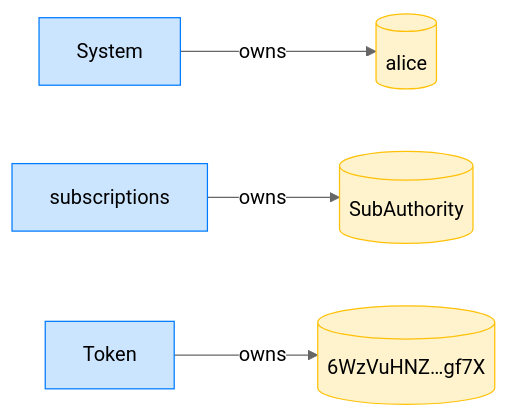
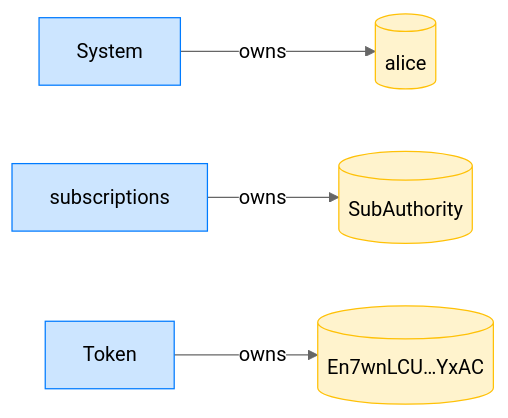
The fourth of 8 diagrams in dsl_tests/fixed-transfer-by-the-wrong-signer-is-refused.md (cds-rs/subscriptions), drawn with Mermaid (neutral theme) before and after one commit. The commit also changed other lines of this file and 224 other files, not shown here.

````diff
--- a/dsl_tests/fixed-transfer-by-the-wrong-signer-is-refused.md
+++ b/dsl_tests/fixed-transfer-by-the-wrong-signer-is-refused.md
@@ -73,14 +78,14 @@
 ```mermaid
 flowchart LR
     classDef owner fill:#cce5ff,stroke:#007bff;
     classDef account fill:#fff3cd,stroke:#ffc107;
     System[System]:::owner
     alice[(alice)]:::account
     subscriptions[subscriptions]:::owner
     SubAuthority[(SubAuthority)]:::account
     Token[Token]:::owner
-    6WzVuHNZ_gf7X[("6WzVuHNZ…gf7X")]:::account
+    En7wnLCU_YxAC[("En7wnLCU…YxAC")]:::account
     System -->|owns| alice
     subscriptions -->|owns| SubAuthority
-    Token -->|owns| 6WzVuHNZ_gf7X
+    Token -->|owns| En7wnLCU_YxAC
 ```
````
